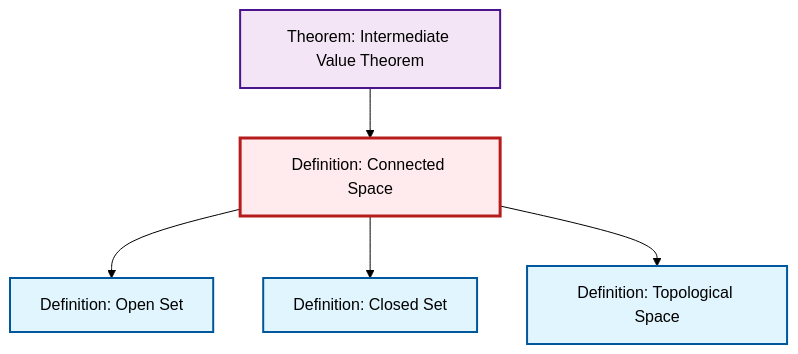
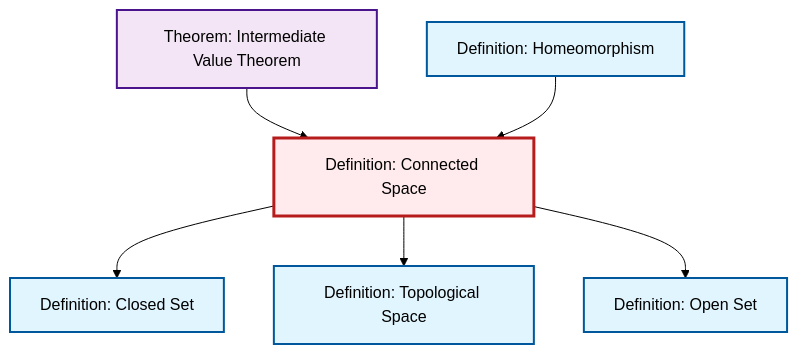
The diagram in content/en/topology/def-connected.qmd (RK0429/ModernMath), drawn with Mermaid (forest theme) before and after one commit. The commit also changed 474 other files, not shown here.

````diff
--- a/content/en/topology/def-connected.qmd
+++ b/content/en/topology/def-connected.qmd
@@ -49,23 +49,26 @@
 ```{mermaid}
 %%| fig-cap: "Local dependency graph"
 graph TD
     classDef definition fill:#e1f5fe,stroke:#01579b,stroke-width:2px
     classDef theorem fill:#f3e5f5,stroke:#4a148c,stroke-width:2px
     classDef axiom fill:#fff3e0,stroke:#e65100,stroke-width:2px
     classDef example fill:#e8f5e9,stroke:#1b5e20,stroke-width:2px
     classDef current fill:#ffebee,stroke:#b71c1c,stroke-width:3px
+    def-open-set["Definition: Open Set"]:::definition
+    def-homeomorphism["Definition: Homeomorphism"]:::definition
+    def-connected["Definition: Connected Space"]:::definition
+    def-closed-set["Definition: Closed Set"]:::definition
     def-topological-space["Definition: Topological Space"]:::definition
-    def-closed-set["Definition: Closed Set"]:::definition
     thm-intermediate-value["Theorem: Intermediate Value Theorem"]:::theorem
-    def-connected["Definition: Connected Space"]:::definition
-    def-open-set["Definition: Open Set"]:::definition
-    thm-intermediate-value --> def-connected
-    def-connected --> def-open-set
     def-connected --> def-closed-set
     def-connected --> def-topological-space
+    def-connected --> def-open-set
+    thm-intermediate-value --> def-connected
+    def-homeomorphism --> def-connected
     class def-connected current
+    click def-open-set "def-open-set.html" "Go to Open Set definition"
+    click def-homeomorphism "def-homeomorphism.html" "Go to Homeomorphism definition"
+    click def-closed-set "def-closed-set.html" "Go to Closed Set definition"
     click def-topological-space "def-topological-space.html" "Go to Topological Space definition"
-    click def-closed-set "def-closed-set.html" "Go to Closed Set definition"
     click thm-intermediate-value "thm-intermediate-value.html" "Go to Intermediate Value Theorem theorem"
-    click def-open-set "def-open-set.html" "Go to Open Set definition"
 ```
````
